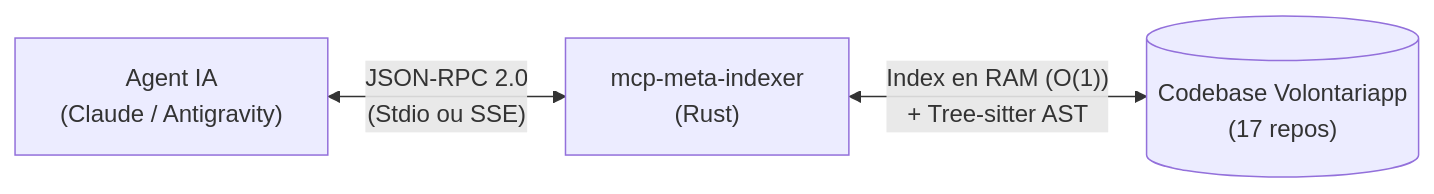
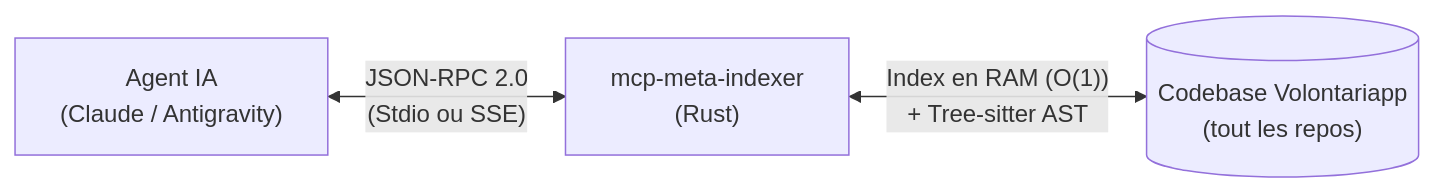
The diagram in README.md (Volontariapp/mcp-meta-indexer), drawn with Mermaid before and after one commit.

Commit message:
feat(docs): update syntaxt

````diff
--- a/README.md
+++ b/README.md
@@ -13,5 +13,5 @@
 ```mermaid
 flowchart LR
     Agent["Agent IA\n(Claude / Antigravity)"] <-->|"JSON-RPC 2.0\n(Stdio ou SSE)"| MCP["mcp-meta-indexer\n(Rust)"]
-    MCP <-->|"Index en RAM (O(1))\n+ Tree-sitter AST"| Codebase[("Codebase Volontariapp\n(17 repos)")]
+    MCP <-->|"Index en RAM (O(1))\n+ Tree-sitter AST"| Codebase[("Codebase Volontariapp\n(tout les repos)")]
 ```
````
